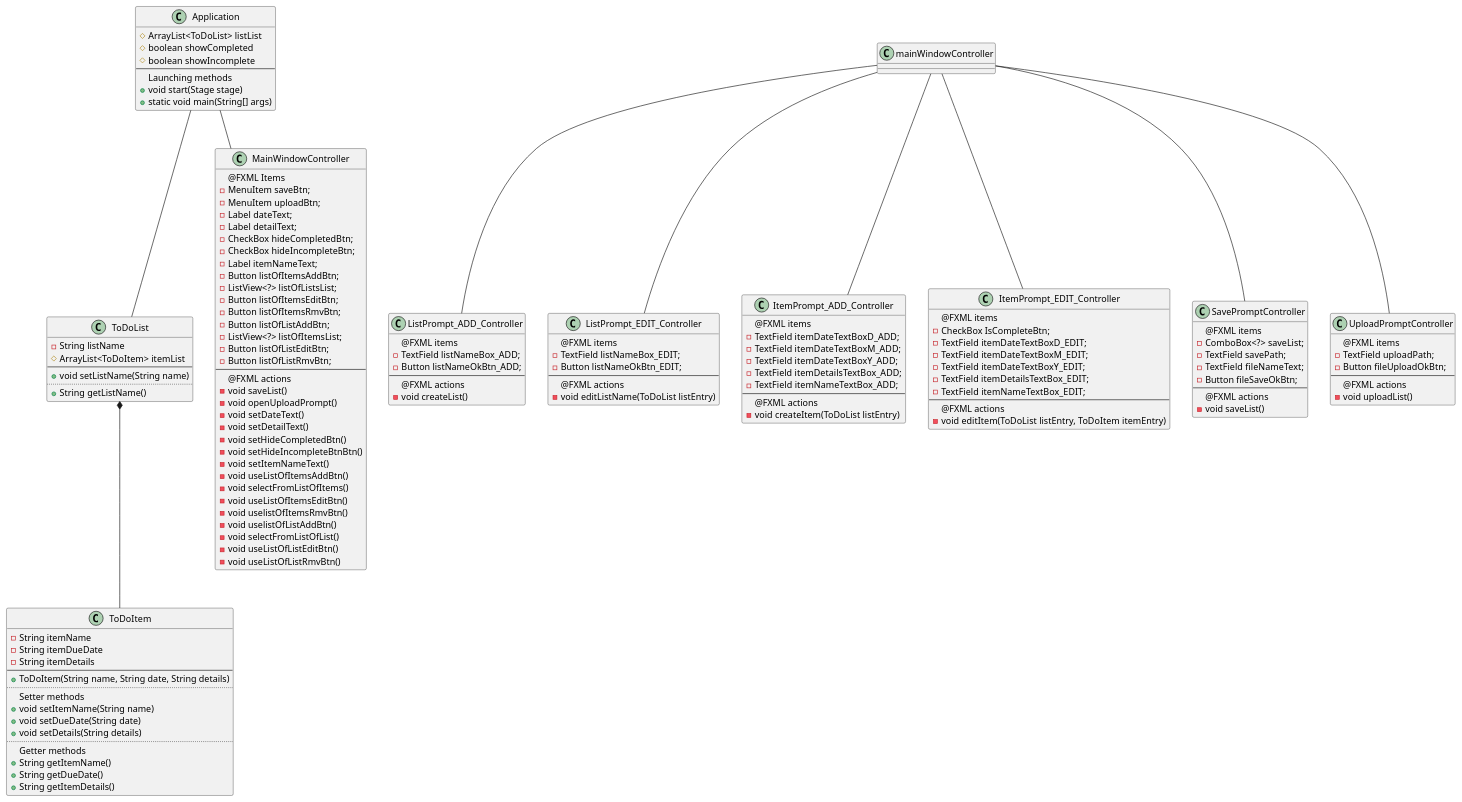
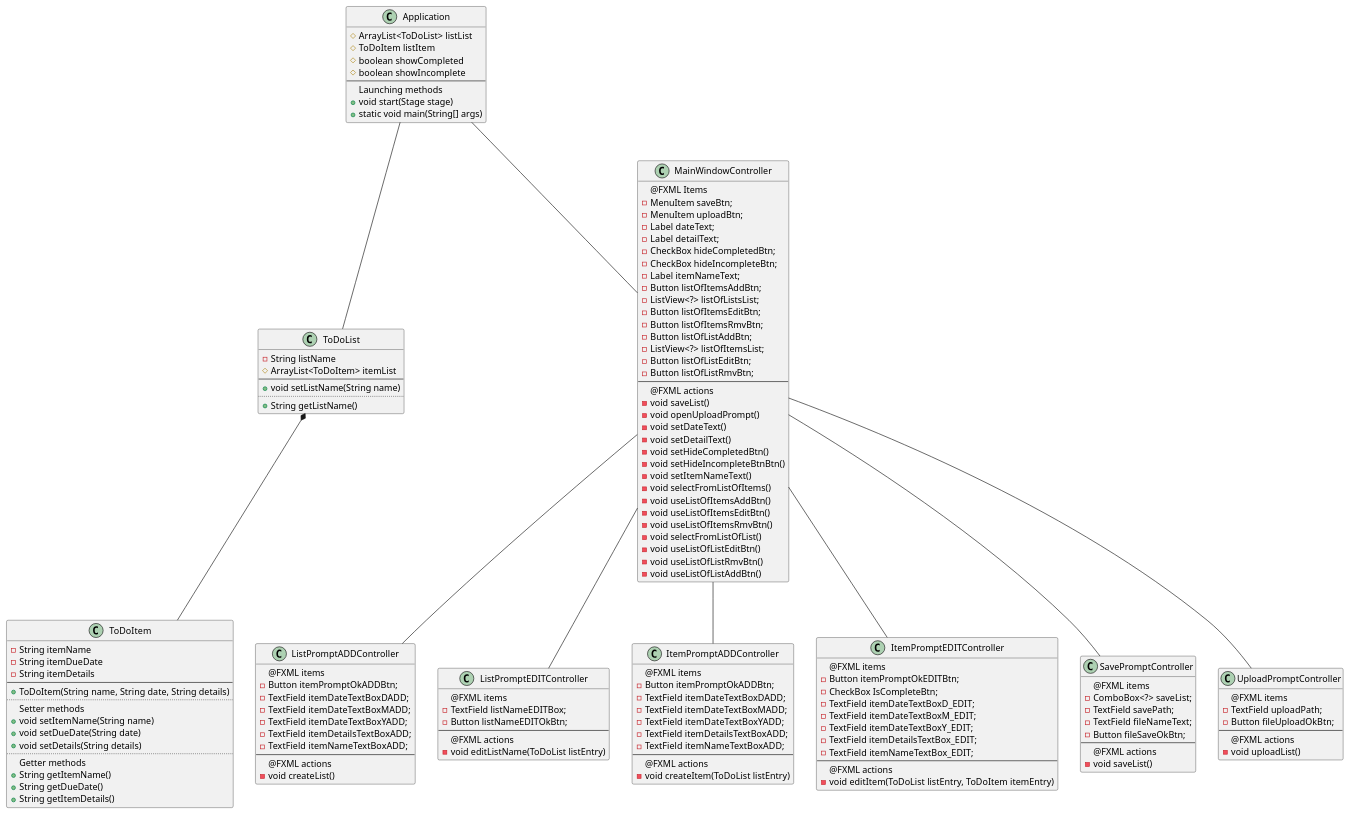
Before and after one commit to CATastrophic141/Simpson-app1-design: the diagram in PA1-ToDoApp/docs/ToDoAppUML.puml, drawn with PlantUML. The commit also changed 1 other file, not shown here.

Commit message:
Modified UML diagram

```diff
--- a/PA1-ToDoApp/docs/ToDoAppUML.puml
+++ b/PA1-ToDoApp/docs/ToDoAppUML.puml
@@ -1,147 +1,154 @@
 @startuml
 class ToDoItem {
   - String itemName
   - String itemDueDate
   - String itemDetails
 --
   + ToDoItem(String name, String date, String details)
 ..
 Setter methods
   + void setItemName(String name)
   + void setDueDate(String date)
   + void setDetails(String details)
 ..
 Getter methods
   + String getItemName()
   + String getDueDate()
   + String getItemDetails()
 }
 
 class ToDoList {
   - String listName
   # ArrayList<ToDoItem> itemList
 --
   + void setListName(String name)
 ..
   + String getListName()
 }
 ToDoList *-- ToDoItem
 Application -- ToDoList
 
 class Application {
   # ArrayList<ToDoList> listList
+  # ToDoItem listItem
   # boolean showCompleted
   # boolean showIncomplete
 --
 Launching methods
   + void start(Stage stage)
   + static void main(String[] args)
 }
 
 class MainWindowController {
     @FXML Items
         - MenuItem saveBtn;
         - MenuItem uploadBtn;
         - Label dateText;
         - Label detailText;
         - CheckBox hideCompletedBtn;
         - CheckBox hideIncompleteBtn;
         - Label itemNameText;
         - Button listOfItemsAddBtn;
         - ListView<?> listOfListsList;
         - Button listOfItemsEditBtn;
         - Button listOfItemsRmvBtn;
         - Button listOfListAddBtn;
         - ListView<?> listOfItemsList;
         - Button listOfListEditBtn;
         - Button listOfListRmvBtn;
   --
     @FXML actions
         - void saveList()
         - void openUploadPrompt()
         - void setDateText()
         - void setDetailText()
         - void setHideCompletedBtn()
         - void setHideIncompleteBtnBtn()
         - void setItemNameText()
+        - void selectFromListOfItems()
         - void useListOfItemsAddBtn()
-        - void selectFromListOfItems()
         - void useListOfItemsEditBtn()
-        - void uselistOfItemsRmvBtn()
-        - void uselistOfListAddBtn()
+        - void useListOfItemsRmvBtn()
         - void selectFromListOfList()
         - void useListOfListEditBtn()
         - void useListOfListRmvBtn()
+        - void useListOfListAddBtn()
 }
 Application -- MainWindowController
 
-class ListPrompt_ADD_Controller {
+class ListPromptADDController {
     @FXML items
-      - TextField listNameBox_ADD;
-      - Button listNameOkBtn_ADD;
+       - Button itemPromptOkADDBtn;
+       - TextField itemDateTextBoxDADD;
+       - TextField itemDateTextBoxMADD;
+       - TextField itemDateTextBoxYADD;
+       - TextField itemDetailsTextBoxADD;
+       - TextField itemNameTextBoxADD;
 --
     @FXML actions
       - void createList()
 }
-mainWindowController -- ListPrompt_ADD_Controller
+MainWindowController -- ListPromptADDController
 
-class ListPrompt_EDIT_Controller {
+class ListPromptEDITController {
     @FXML items
-      - TextField listNameBox_EDIT;
-      - Button listNameOkBtn_EDIT;
+      - TextField listNameEDITBox;
+      - Button listNameEDITOkBtn;
 --
     @FXML actions
       - void editListName(ToDoList listEntry)
 }
-mainWindowController -- ListPrompt_EDIT_Controller
+MainWindowController -- ListPromptEDITController
 
-class ItemPrompt_ADD_Controller {
+class ItemPromptADDController {
     @FXML items
-      - TextField itemDateTextBoxD_ADD;
-      - TextField itemDateTextBoxM_ADD;
-      - TextField itemDateTextBoxY_ADD;
-      - TextField itemDetailsTextBox_ADD;
-      - TextField itemNameTextBox_ADD;
+      - Button itemPromptOkADDBtn;
+      - TextField itemDateTextBoxDADD;
+      - TextField itemDateTextBoxMADD;
+      - TextField itemDateTextBoxYADD;
+      - TextField itemDetailsTextBoxADD;
+      - TextField itemNameTextBoxADD;
 --
     @FXML actions
       - void createItem(ToDoList listEntry)
 }
-mainWindowController -- ItemPrompt_ADD_Controller
+MainWindowController -- ItemPromptADDController
 
-class ItemPrompt_EDIT_Controller {
+class ItemPromptEDITController {
     @FXML items
+      - Button itemPromptOkEDITBtn;
       - CheckBox IsCompleteBtn;
       - TextField itemDateTextBoxD_EDIT;
       - TextField itemDateTextBoxM_EDIT;
       - TextField itemDateTextBoxY_EDIT;
       - TextField itemDetailsTextBox_EDIT;
       - TextField itemNameTextBox_EDIT;
 --
     @FXML actions
       - void editItem(ToDoList listEntry, ToDoItem itemEntry)
 }
-mainWindowController -- ItemPrompt_EDIT_Controller
+MainWindowController -- ItemPromptEDITController
 
 class SavePromptController {
     @FXML items
       - ComboBox<?> saveList;
       - TextField savePath;
       - TextField fileNameText;
       - Button fileSaveOkBtn;
 --
     @FXML actions
       - void saveList()
 }
-mainWindowController -- SavePromptController
+MainWindowController -- SavePromptController
 
 class UploadPromptController {
     @FXML items
       - TextField uploadPath;
       - Button fileUploadOkBtn;
 --
     @FXML actions
       - void uploadList()
 }
 
-mainWindowController -- UploadPromptController
+MainWindowController -- UploadPromptController
 @enduml
```
